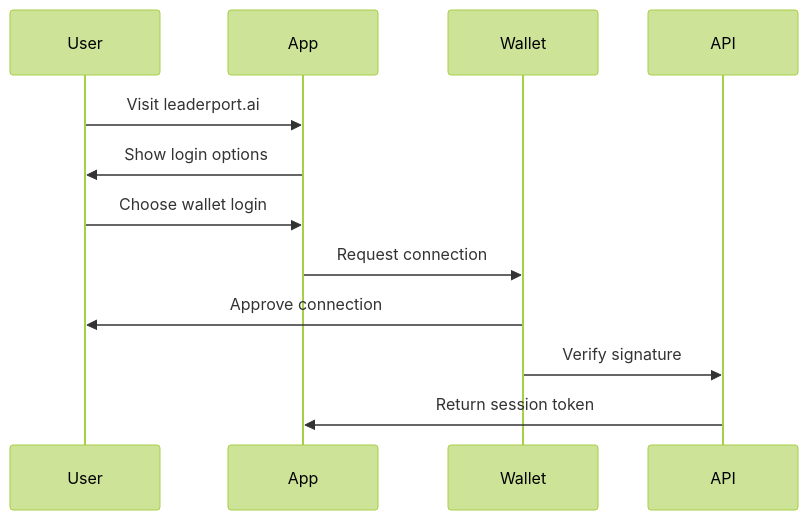
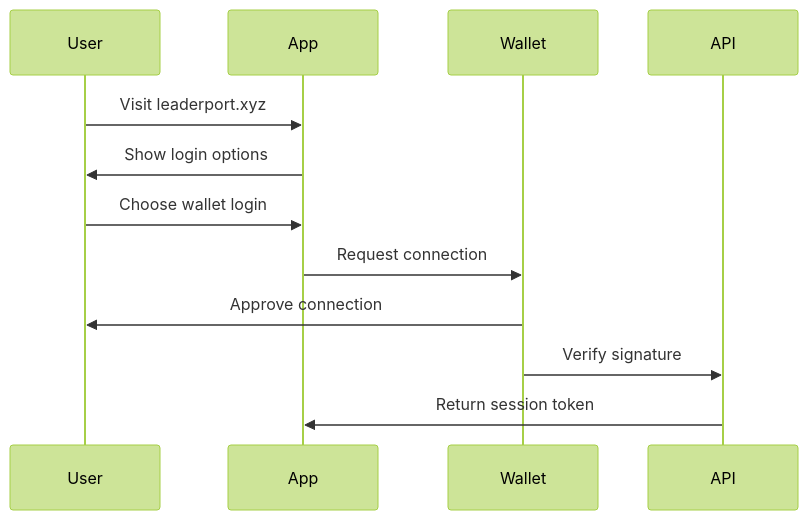
Before and after one commit to zanuka/leaderport-core-ui: the second of 2 diagrams in docs/leaderport-platform.md, drawn with Mermaid (forest theme). The commit also changed other lines of this file and 1 other file, not shown here.

````diff
--- a/docs/leaderport-platform.md
+++ b/docs/leaderport-platform.md
@@ -117,15 +117,15 @@
 ```mermaid
 sequenceDiagram
     participant User
     participant App
     participant Wallet
     participant API
 
-    User->>App: Visit leaderport.ai
+    User->>App: Visit leaderport.xyz
     App->>User: Show login options
     User->>App: Choose wallet login
     App->>Wallet: Request connection
     Wallet->>User: Approve connection
     Wallet->>API: Verify signature
     API->>App: Return session token
 ```
````
